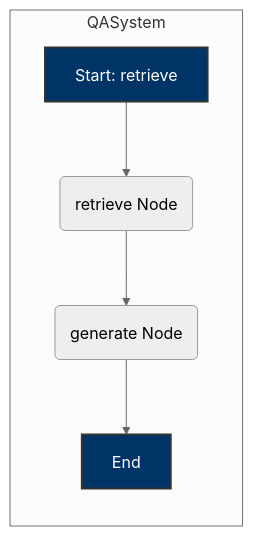
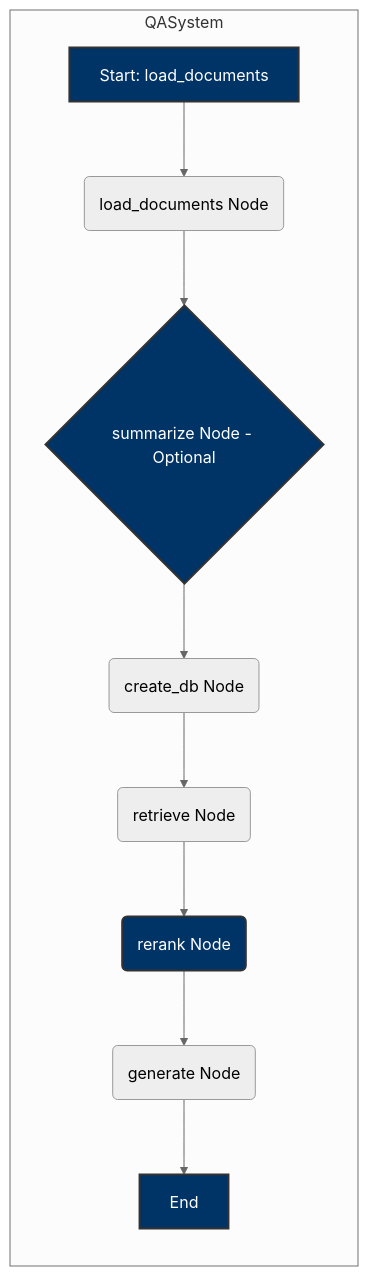
The second of 2 diagrams in README.md (makkarss929/Zania_QA_API-langGraph), drawn with Mermaid (neutral theme) before and after one commit. The commit also changed other lines of this file and 2 other files, not shown here.

````diff
--- a/README.md
+++ b/README.md
@@ -37,11 +40,17 @@
 ```mermaid
 graph LR
     subgraph QASystem
-        A[Start: retrieve] --> B(retrieve Node);
-        B --> C(generate Node);
-        C --> D[End];
+    A[Start: load_documents] --> B(load_documents Node);
+    B --> C{summarize Node - Optional};
+    C --> D(create_db Node);
+    D --> E(retrieve Node);
+    E --> F(rerank Node);
+    F --> G(generate Node);
+    G --> H[End];
     end
 
-    style A fill: #003366, stroke: #333, stroke-width: 2px, color: #FFFFFF
-    style D fill: #003366, stroke: #333, stroke-width: 2px, color: #FFFFFF
+    style A fill:#003366,stroke:#333,stroke-width:2px,color:#FFFFFF
+    style H fill:#003366,stroke:#333,stroke-width:2px,color:#FFFFFF
+    style C fill:#003366,stroke:#333,stroke-width:2px,color:#FFFFFF
+    style F fill:#003366,stroke:#333,stroke-width:2px,color:#FFFFFF
 ```
````
